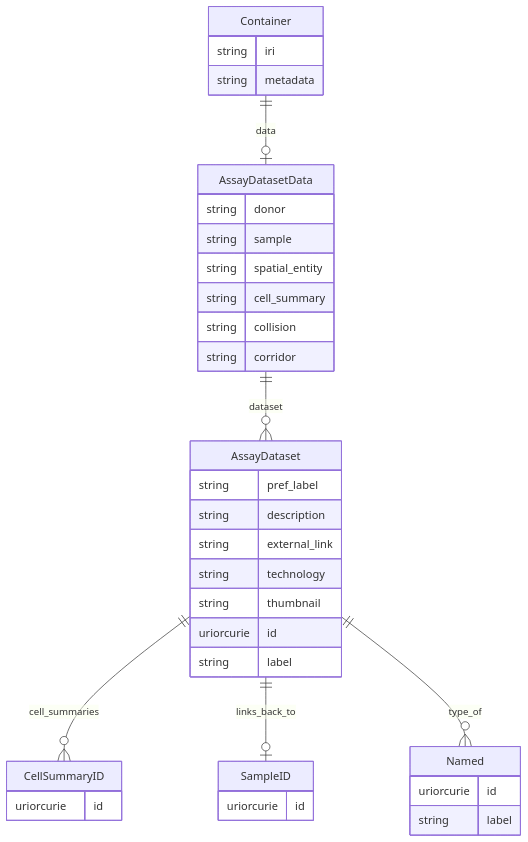
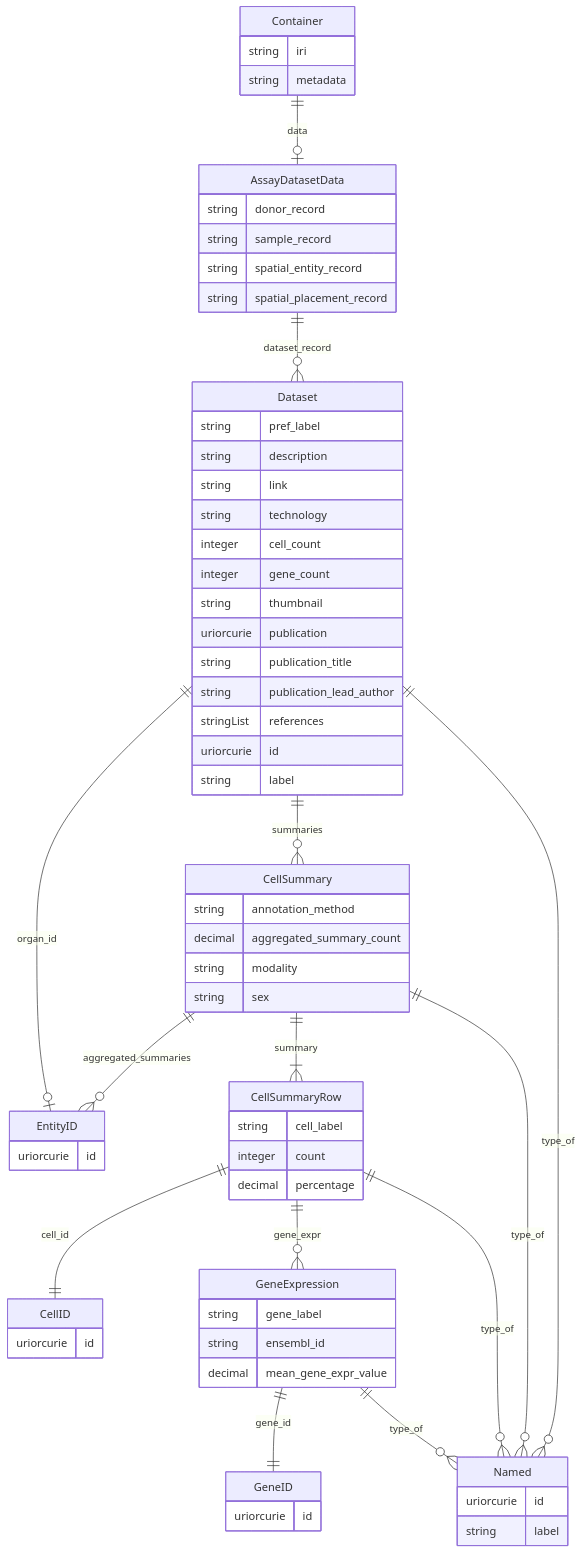
Before and after one commit to hubmapconsortium/hra-do-processor: the ninth of 20 diagrams in er-diagrams.md, drawn with Mermaid. The commit also changed other lines of this file and 82 other files, not shown here.

````diff
--- a/er-diagrams.md
+++ b/er-diagrams.md
@@ -418,41 +712,72 @@
 ```mermaid
 erDiagram
 Container {
     string iri  
     string metadata  
 }
 AssayDatasetData {
-    string donor  
-    string sample  
-    string spatial_entity  
-    string cell_summary  
-    string collision  
-    string corridor  
+    string donor_record  
+    string sample_record  
+    string spatial_entity_record  
+    string spatial_placement_record  
 }
-AssayDataset {
+Dataset {
     string pref_label  
     string description  
-    string external_link  
+    string link  
     string technology  
+    integer cell_count  
+    integer gene_count  
     string thumbnail  
+    uriorcurie publication  
+    string publication_title  
+    string publication_lead_author  
+    stringList references  
     uriorcurie id  
     string label  
 }
 Named {
     uriorcurie id  
     string label  
 }
-SampleID {
+CellSummary {
+    string annotation_method  
+    decimal aggregated_summary_count  
+    string modality  
+    string sex  
+}
+CellSummaryRow {
+    string cell_label  
+    integer count  
+    decimal percentage  
+}
+GeneExpression {
+    string gene_label  
+    string ensembl_id  
+    decimal mean_gene_expr_value  
+}
+GeneID {
     uriorcurie id  
 }
-CellSummaryID {
+CellID {
+    uriorcurie id  
+}
+EntityID {
     uriorcurie id  
 }
 
 Container ||--|o AssayDatasetData : "data"
-AssayDatasetData ||--}o AssayDataset : "dataset"
-AssayDataset ||--}o CellSummaryID : "cell_summaries"
-AssayDataset ||--|o SampleID : "links_back_to"
-AssayDataset ||--}o Named : "type_of"
+AssayDatasetData ||--}o Dataset : "dataset_record"
+Dataset ||--|o EntityID : "organ_id"
+Dataset ||--}o CellSummary : "summaries"
+Dataset ||--}o Named : "type_of"
+CellSummary ||--}o EntityID : "aggregated_summaries"
+CellSummary ||--}| CellSummaryRow : "summary"
+CellSummary ||--}o Named : "type_of"
+CellSummaryRow ||--|| CellID : "cell_id"
+CellSummaryRow ||--}o GeneExpression : "gene_expr"
+CellSummaryRow ||--}o Named : "type_of"
+GeneExpression ||--|| GeneID : "gene_id"
+GeneExpression ||--}o Named : "type_of"
 
 ```
````
